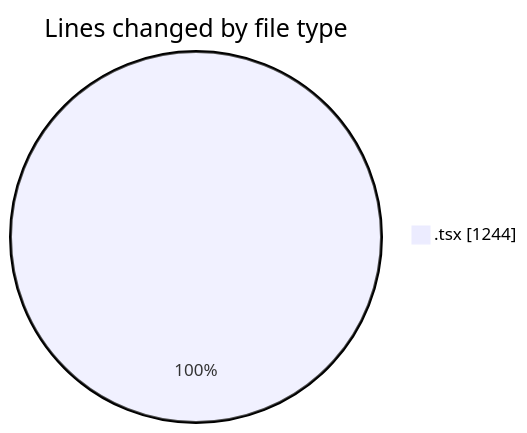
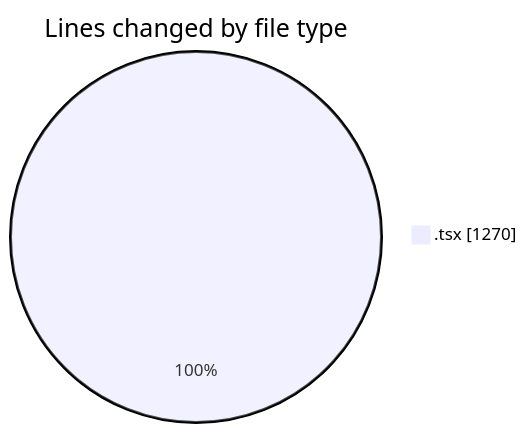
One commit to Ritupan-Deka/code-tracking changed the first of 2 diagrams in 2025-10-20/scopecraft/README.md. Above: the diagram before and after it, drawn with Mermaid. The commit also changed other lines of this file and 1 other file, not shown here.

````diff
--- a/2025-10-20/scopecraft/README.md
+++ b/2025-10-20/scopecraft/README.md
@@ -30,5 +30,5 @@
 ```mermaid
 pie showData
 title Lines changed by file type
-".tsx" : 1244
+".tsx" : 1270
 ```
````
